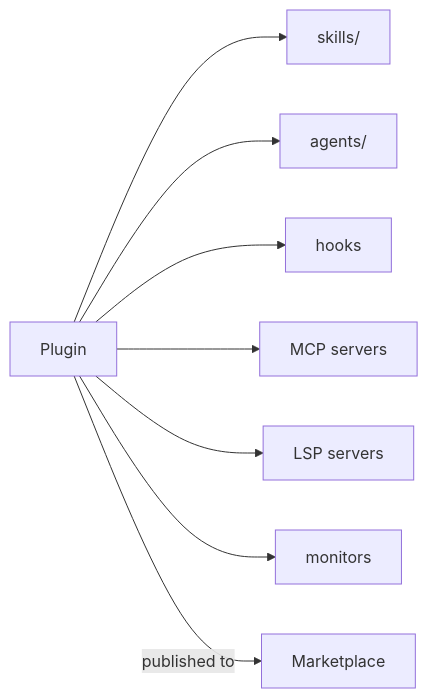
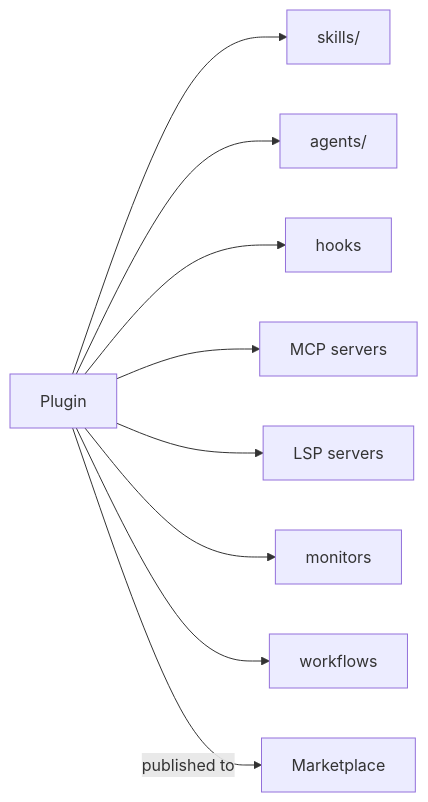
Before and after one commit to derob98/ailmanac: the diagram in docs/claude-code/plugins-marketplaces.mdx, drawn with Mermaid. The commit also changed other lines of this file and 4 other files, not shown here.

````diff
--- a/docs/claude-code/plugins-marketplaces.mdx
+++ b/docs/claude-code/plugins-marketplaces.mdx
@@ -21,10 +21,11 @@
 ```mermaid
 flowchart LR
   P[Plugin] --> S[skills/]
   P --> A[agents/]
   P --> H[hooks]
   P --> M[MCP servers]
   P --> L[LSP servers]
   P --> MO[monitors]
+  P --> W[workflows]
   P -->|published to| MK[Marketplace]
 ```
````
